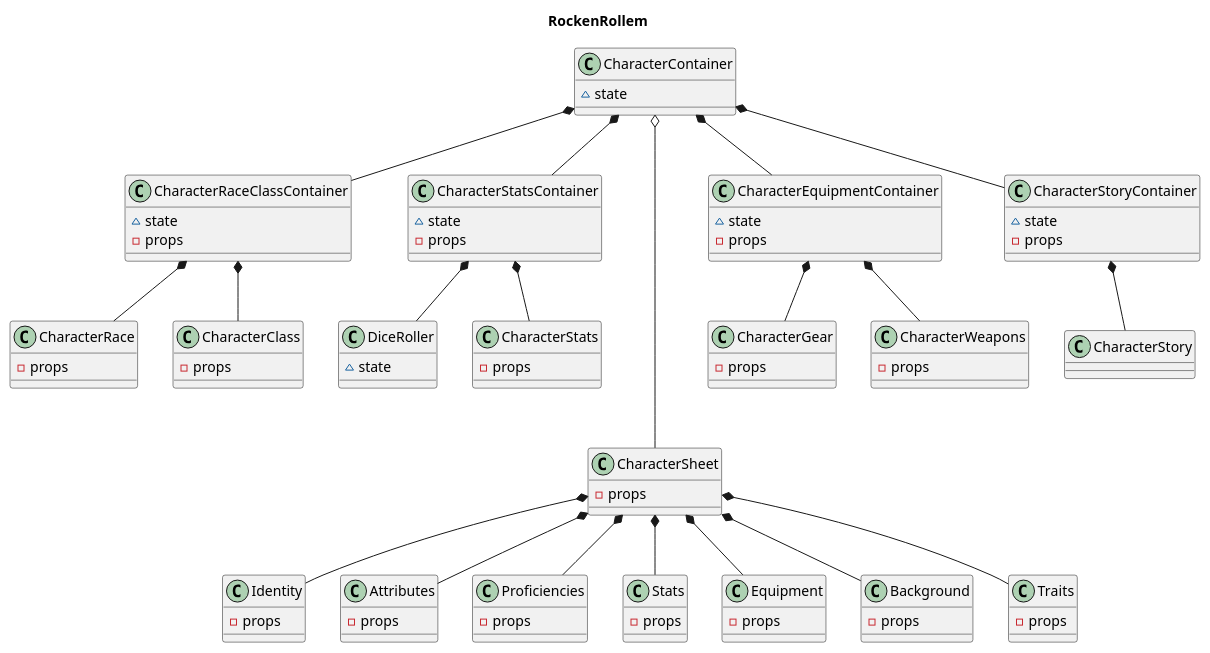
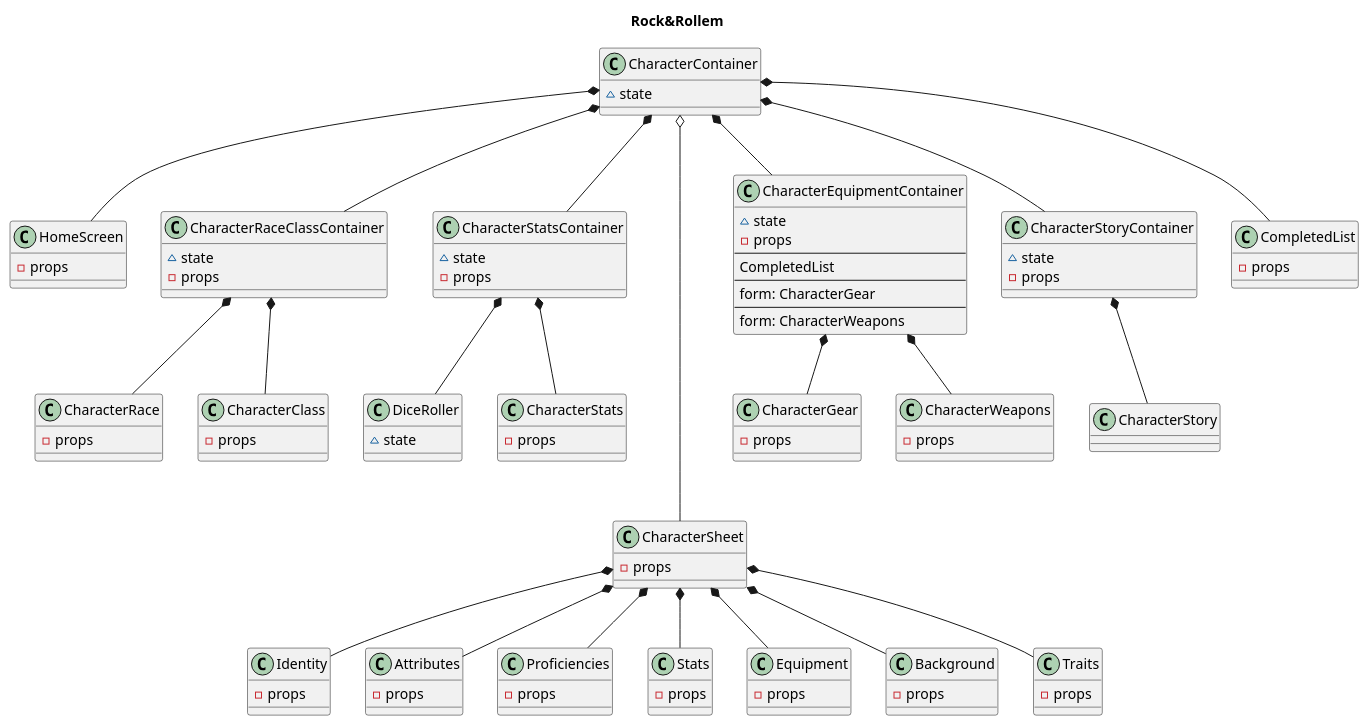
Before and after one commit to uncageddesign/characterGenerator: the diagram in docs/components.plantuml, drawn with PlantUML.

Commit message:
Updates to more up to date uml file

```diff
--- a/docs/components.plantuml
+++ b/docs/components.plantuml
@@ -1,111 +1,125 @@
 @startuml
-title RockenRollem
+title Rock&Rollem
 
-
+class HomeScreen {
+  - props
+}
 
 class CharacterContainer {
     ~ state
 }
 
 class CharacterRaceClassContainer {
   ~state
   - props
 }
 
 
 
 class CharacterStatsContainer {
   ~state
   - props
 }
 
 class DiceRoller {
   ~ state
 }
 
 class CharacterSheet {
   -props
 }
 
 class CharacterEquipmentContainer {
   ~state
   - props
+  --
+  CompletedList
+  --
+  form: CharacterGear
+  --
+  form: CharacterWeapons
 }
 
 class CharacterStoryContainer {
   ~state
   - props
 }
 
 class CharacterRace {
   - props
 }
 
 class CharacterClass {
   - props
 }
 
 class CharacterStats {
   - props
 }
 
 class CharacterGear {
   - props
 }
 
 class CharacterWeapons {
   - props
 }
 
 class Identity {
   - props
 }
 
 class Attributes {
   - props
 }
 
 class Proficiencies {
   - props
 }
 
 class Stats {
   - props
 }
 
 class Equipment {
   - props
 }
 
 class Background {
   - props
 }
 
 class Traits {
   - props
 }
 
+class CompletedList {
+  - props
+}
 
 
+CharacterContainer *-- HomeScreen
+
 CharacterContainer *-- CharacterRaceClassContainer
-
+CharacterContainer *-- CharacterStatsContainer
 CharacterContainer o---- CharacterSheet
 CharacterSheet *-- Identity
 CharacterSheet *-- Attributes
 CharacterSheet *-- Proficiencies
 CharacterSheet *-- Stats
 CharacterSheet *-- Equipment
 CharacterSheet *-- Background
 CharacterSheet *-- Traits
-CharacterContainer *-- CharacterStatsContainer
+
 CharacterContainer *-- CharacterEquipmentContainer
 CharacterContainer *-- CharacterStoryContainer
 CharacterRaceClassContainer *-- CharacterRace
 CharacterRaceClassContainer *-- CharacterClass
 CharacterStatsContainer *-- CharacterStats
 CharacterStatsContainer *-- DiceRoller
 CharacterEquipmentContainer *-- CharacterGear
 CharacterEquipmentContainer *-- CharacterWeapons
 CharacterStoryContainer *-- CharacterStory
+CharacterContainer *-- CompletedList
 
 @enduml
```
